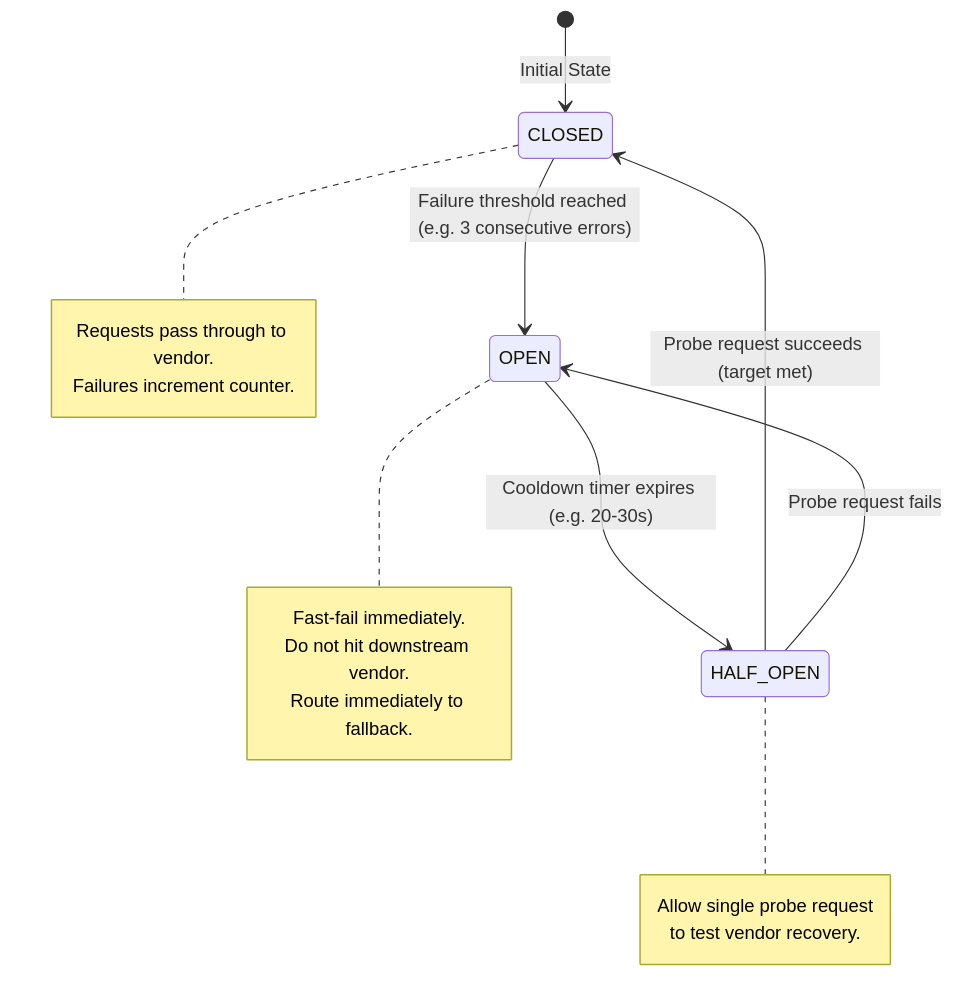
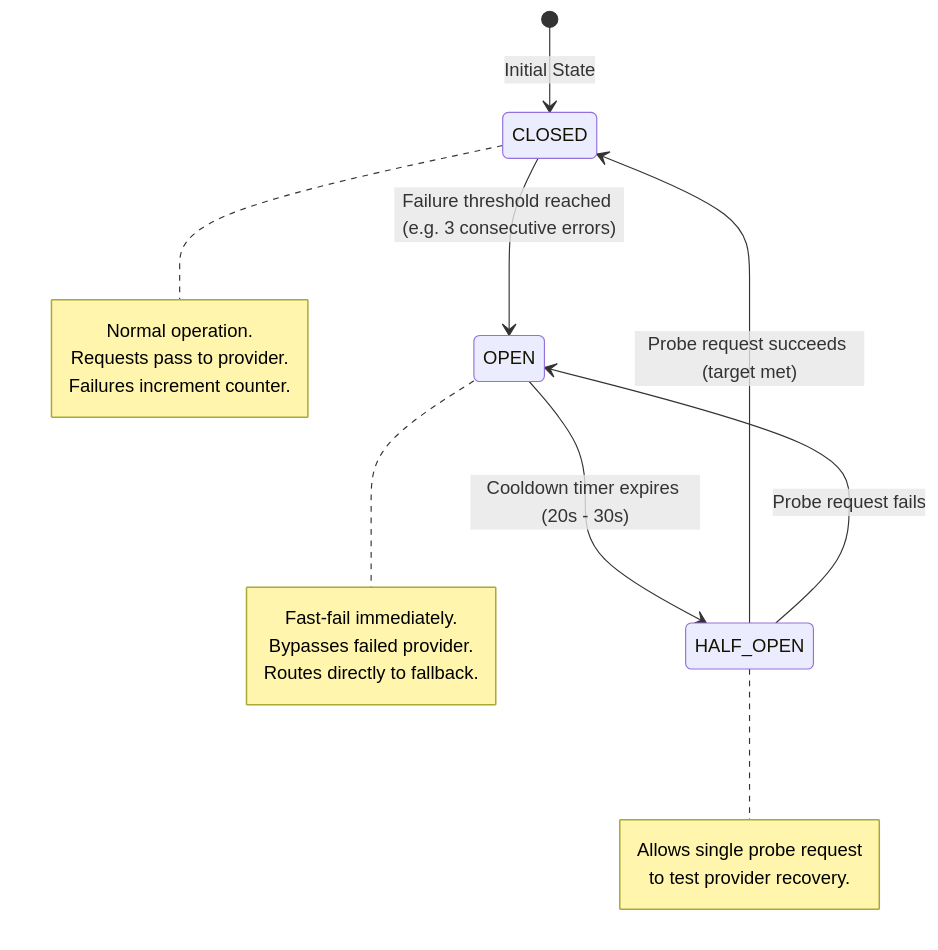
One commit to rishank-kesarwani/notification-service changed the fourth of 4 diagrams in README.md. Above: the diagram before and after it, drawn with Mermaid. The commit also changed other lines of this file, not shown here.

````diff
--- a/README.md
+++ b/README.md
@@ -592,24 +690,25 @@
 ```mermaid
 stateDiagram-v2
     [*] --> CLOSED: Initial State
     
     CLOSED --> OPEN: Failure threshold reached (e.g. 3 consecutive errors)
     note right of CLOSED
-      Requests pass through to vendor.
+      Normal operation.
+      Requests pass to provider.
       Failures increment counter.
     end note
     
-    OPEN --> HALF_OPEN: Cooldown timer expires (e.g. 20-30s)
+    OPEN --> HALF_OPEN: Cooldown timer expires (20s - 30s)
     note right of OPEN
       Fast-fail immediately.
-      Do not hit downstream vendor.
-      Route immediately to fallback.
+      Bypasses failed provider.
+      Routes directly to fallback.
     end note
     
     HALF_OPEN --> CLOSED: Probe request succeeds (target met)
     HALF_OPEN --> OPEN: Probe request fails
     note right of HALF_OPEN
-      Allow single probe request
-      to test vendor recovery.
+      Allows single probe request
+      to test provider recovery.
     end note
 ```
````
